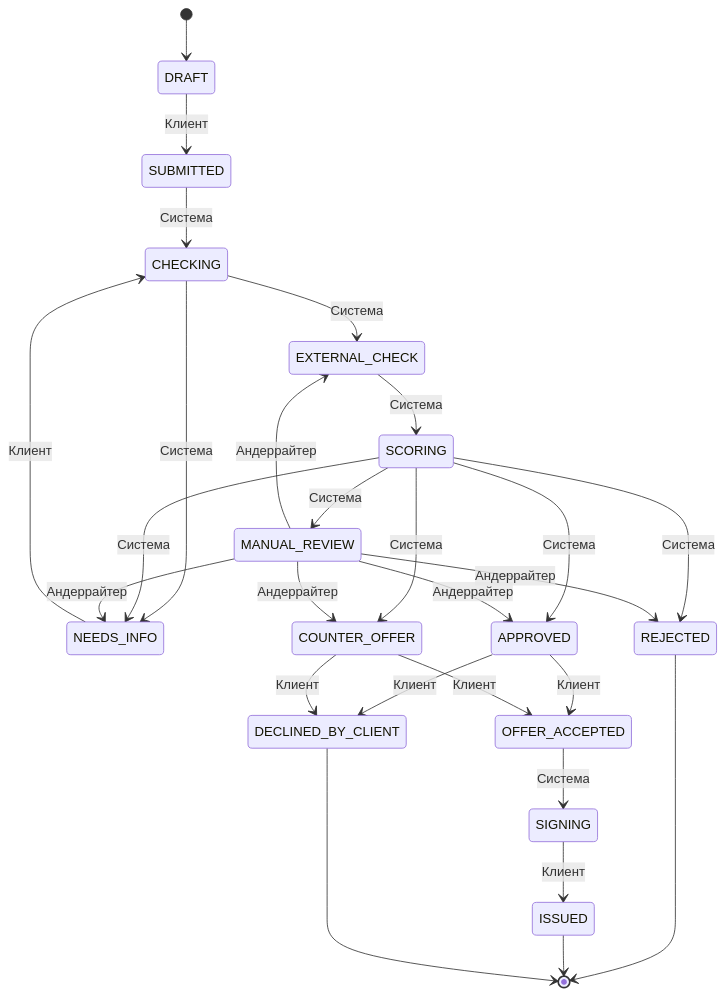
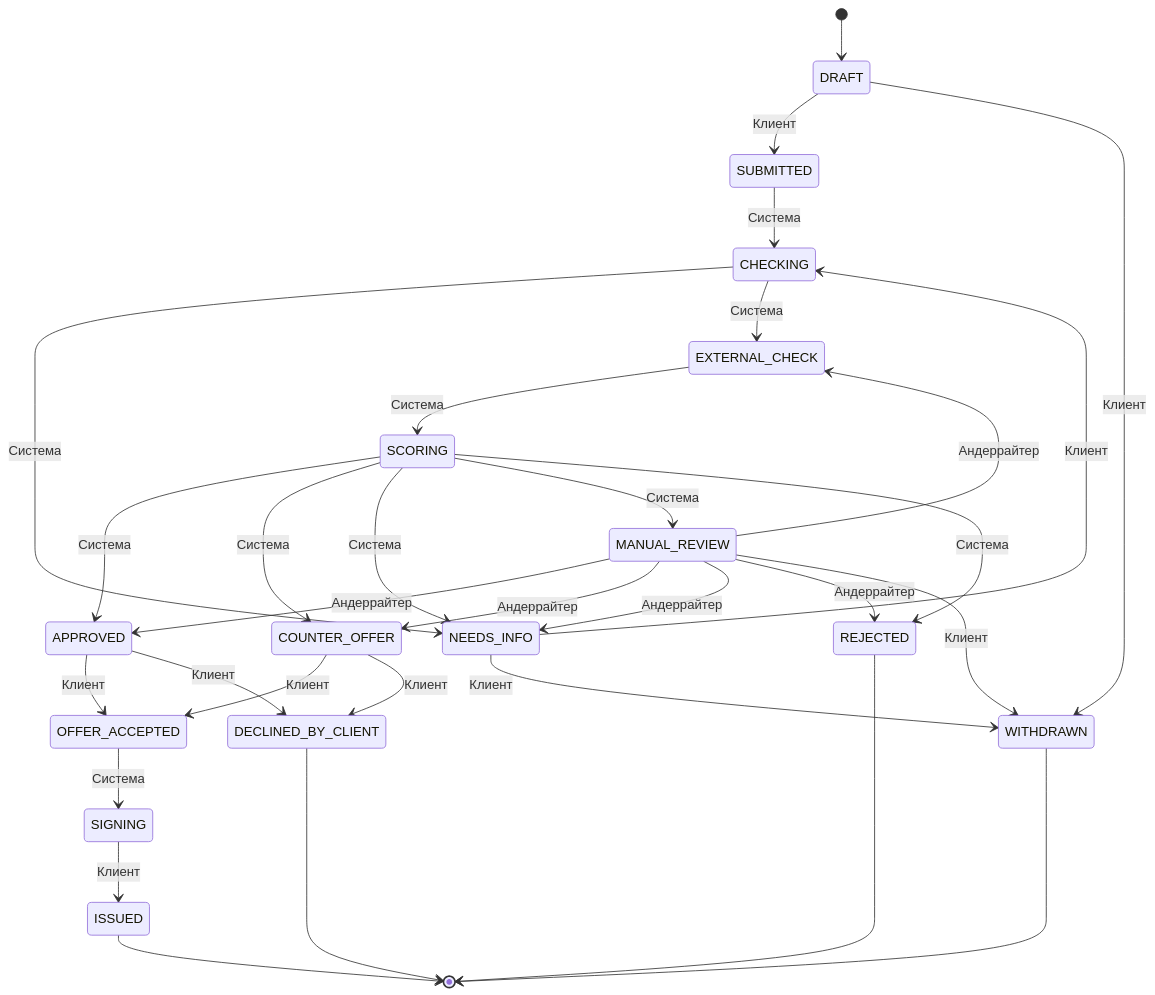
The diagram in docs/state-machine.md (mivlabs/personal-credit-account), drawn with Mermaid before and after one commit. The commit also changed other lines of this file and 11 other files, not shown here.

````diff
--- a/docs/state-machine.md
+++ b/docs/state-machine.md
@@ -56,29 +60,33 @@
 ```mermaid
 stateDiagram-v2
     [*] --> DRAFT
     DRAFT --> SUBMITTED: Клиент
     SUBMITTED --> CHECKING: Система
     CHECKING --> NEEDS_INFO: Система
     CHECKING --> EXTERNAL_CHECK: Система
     NEEDS_INFO --> CHECKING: Клиент
     EXTERNAL_CHECK --> SCORING: Система
     SCORING --> APPROVED: Система
     SCORING --> COUNTER_OFFER: Система
     SCORING --> NEEDS_INFO: Система
     SCORING --> MANUAL_REVIEW: Система
     SCORING --> REJECTED: Система
     MANUAL_REVIEW --> APPROVED: Андеррайтер
     MANUAL_REVIEW --> COUNTER_OFFER: Андеррайтер
     MANUAL_REVIEW --> NEEDS_INFO: Андеррайтер
     MANUAL_REVIEW --> REJECTED: Андеррайтер
     MANUAL_REVIEW --> EXTERNAL_CHECK: Андеррайтер
     APPROVED --> OFFER_ACCEPTED: Клиент
     APPROVED --> DECLINED_BY_CLIENT: Клиент
     COUNTER_OFFER --> OFFER_ACCEPTED: Клиент
     COUNTER_OFFER --> DECLINED_BY_CLIENT: Клиент
+    DRAFT --> WITHDRAWN: Клиент
+    NEEDS_INFO --> WITHDRAWN: Клиент
+    MANUAL_REVIEW --> WITHDRAWN: Клиент
     OFFER_ACCEPTED --> SIGNING: Система
     SIGNING --> ISSUED: Клиент
     REJECTED --> [*]
     ISSUED --> [*]
     DECLINED_BY_CLIENT --> [*]
+    WITHDRAWN --> [*]
 ```
````
